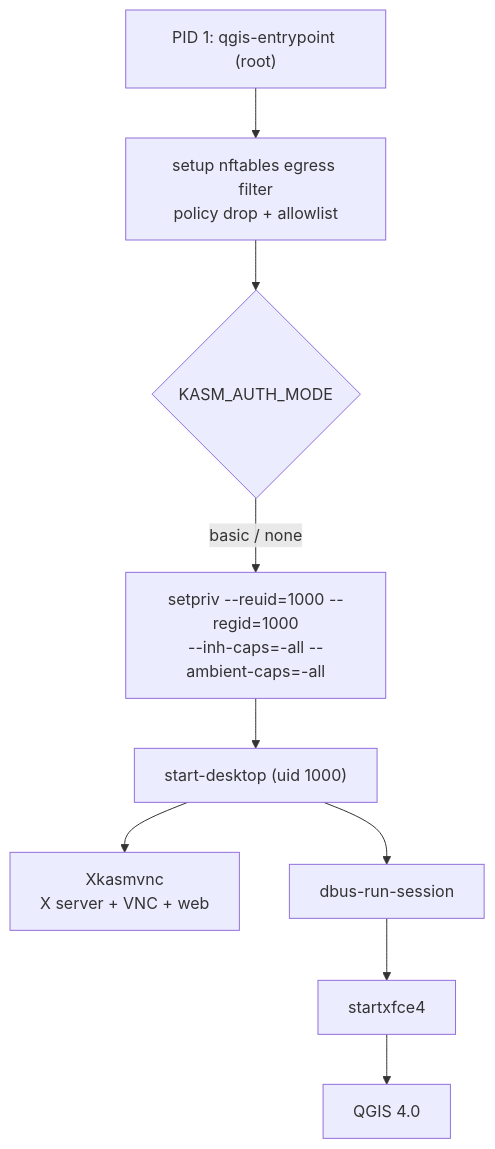
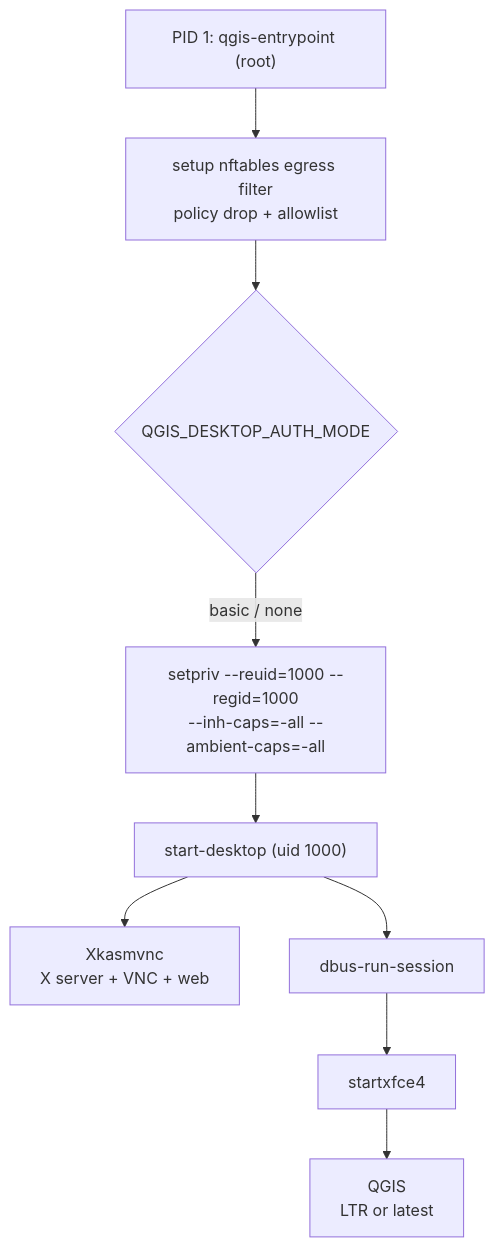
The first of 3 diagrams in docs/developer-guide/architecture.md (kartoza/qgis-desktop-docker), drawn with Mermaid before and after one commit. The commit also changed other lines of this file and 37 other files, not shown here.

First line of the commit message:
feat!: QGIS_DESKTOP_ prefix, and LTR/latest QGIS channels

````diff
--- a/docs/developer-guide/architecture.md
+++ b/docs/developer-guide/architecture.md
@@ -18,17 +18,17 @@
 ```mermaid
 graph TD
     PID1["PID 1: qgis-entrypoint (root)"]
     NFT["setup nftables egress filter<br/>policy drop + allowlist"]
-    MODE{"KASM_AUTH_MODE"}
+    MODE{"QGIS_DESKTOP_AUTH_MODE"}
     SETPRIV["setpriv --reuid=1000 --regid=1000<br/>--inh-caps=-all --ambient-caps=-all"]
     START["start-desktop (uid 1000)"]
     XKASM["Xkasmvnc<br/>X server + VNC + web"]
     DBUS["dbus-run-session"]
     XFCE["startxfce4"]
-    QGIS["QGIS 4.0"]
+    QGIS["QGIS<br/>LTR or latest"]
 
     PID1 --> NFT --> MODE
     MODE -->|"basic / none"| SETPRIV --> START
     START --> XKASM
     START --> DBUS --> XFCE --> QGIS
 ```
````
